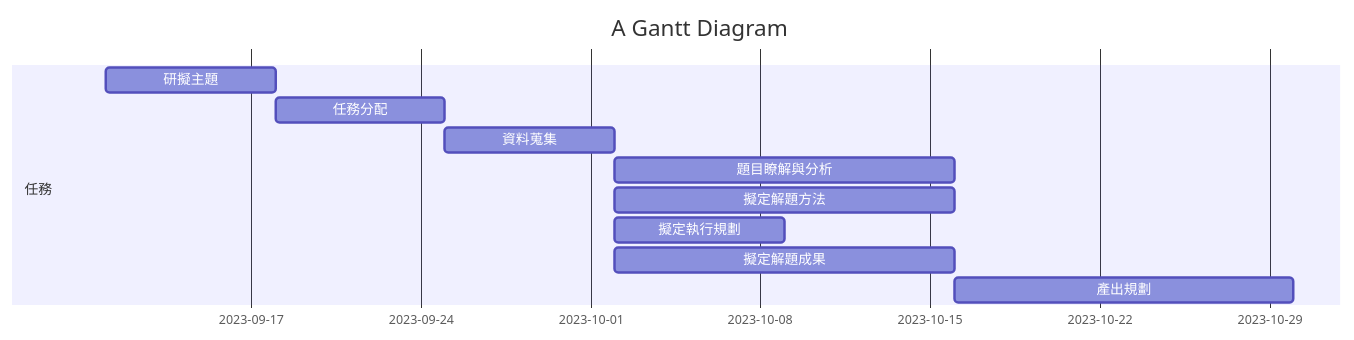
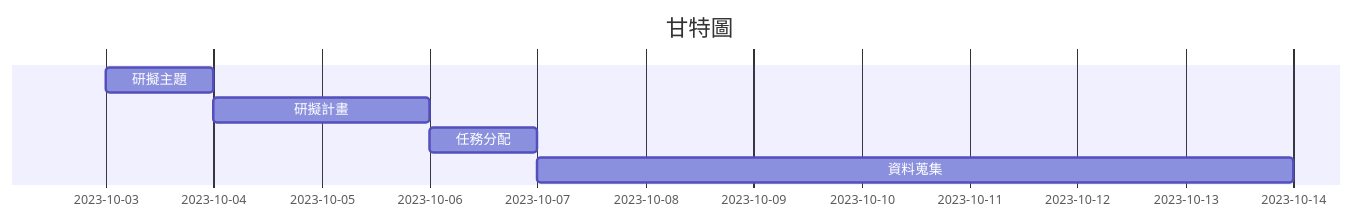
Before and after one commit to C110134148/T15nT1: the diagram in README.md, drawn with Mermaid. The commit also changed other lines of this file, not shown here.

````diff
--- a/README.md
+++ b/README.md
@@ -15,14 +17,9 @@
 ```mermaid
-gantt
-    title A Gantt Diagram
-
-    section 任務
-    研擬主題         : a1, 2023-09-11 , 7d
-    任務分配         : a2, after a1 , 7d
-    資料蒐集         : a3, after a2 , 7d
-    題目瞭解與分析   : a4, after a3, 14d
-    擬定解題方法     : a5, after a3 , 14d
-    擬定執行規劃     : a6, after a3 , 7d
-    擬定解題成果     : a7, after a3 ,14d
-    產出規劃        : a8, after a7, 14d
+    gantt
+        title 甘特圖
+        研擬主題 : a1, 2023-10-3 ,1d
+        研擬計畫 : a2, after a1 , 2d
+        任務分配 : a3, after a2 , 1d
+        資料蒐集 : a4, after a3 , 7d
+        
 ```
````
